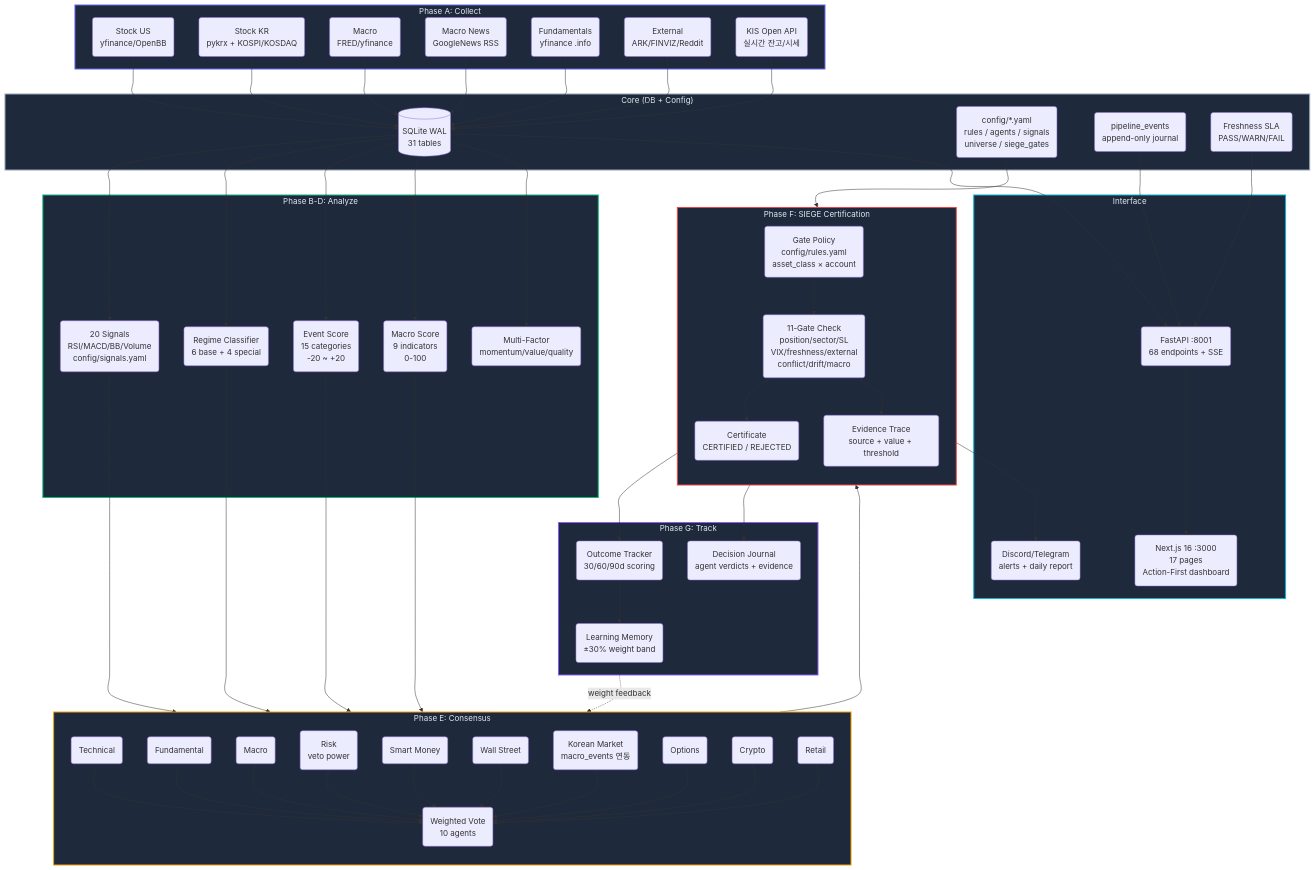
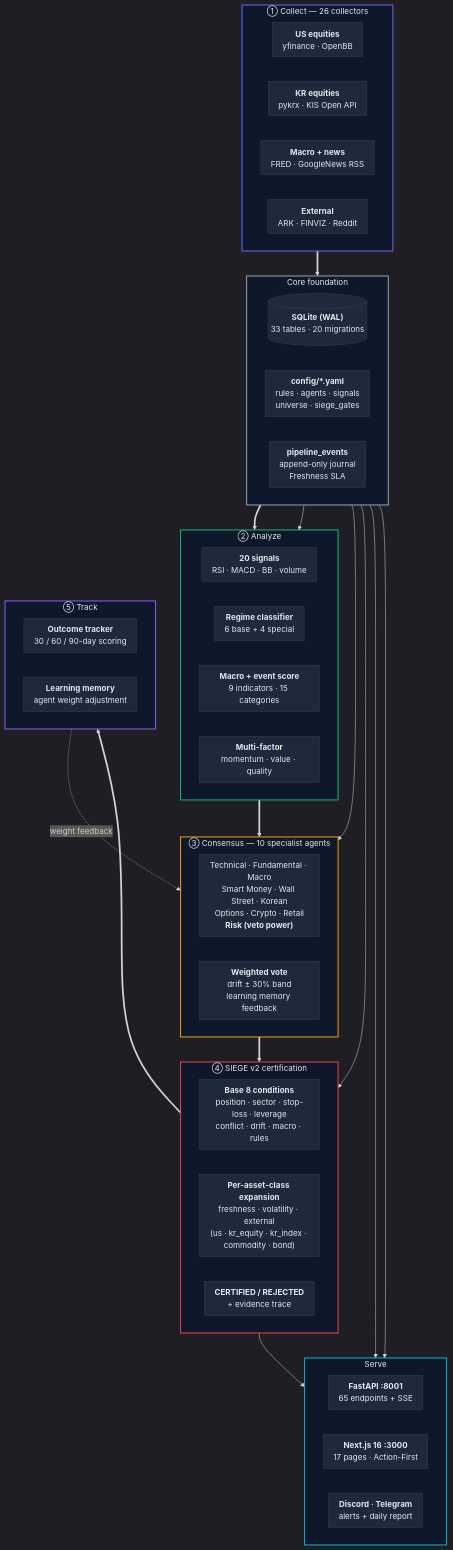
The diagram in README.md (researcherhojin/nuri-quant), drawn with Mermaid before and after one commit. The commit also changed other lines of this file and 14 other files, not shown here.

First line of the commit message:
docs: harness cleanup — count drift, gstack Flow, STRATEGY split (#333)

````diff
--- a/README.md
+++ b/README.md
@@ -19,122 +21,87 @@
 ```mermaid
-%%{ init: { 'flowchart': { 'curve': 'catmullRom' } } }%%
+%%{ init: { 'theme': 'dark', 'flowchart': { 'curve': 'basis', 'padding': 10 } } }%%
 flowchart TD
 
-  subgraph Collect["Phase A: Collect"]
-    StockUS("Stock US\nyfinance/OpenBB")
-    StockKR("Stock KR\npykrx + KOSPI/KOSDAQ")
-    MacroCol("Macro\nFRED/yfinance")
-    MacroNews("Macro News\nGoogleNews RSS")
-    FundCol("Fundamentals\nyfinance .info")
-    ExtCol("External\nARK/FINVIZ/Reddit")
-    KIS("KIS Open API\n실시간 잔고/시세")
+  %% ───── ① Collect ─────
+  subgraph COLLECT["① Collect — 26 collectors"]
+    direction LR
+    C1["<b>US equities</b><br/>yfinance · OpenBB"]
+    C2["<b>KR equities</b><br/>pykrx · KIS Open API"]
+    C3["<b>Macro + news</b><br/>FRED · GoogleNews RSS"]
+    C4["<b>External</b><br/>ARK · FINVIZ · Reddit"]
   end
 
-  subgraph Core["Core (DB + Config)"]
-    DB[("SQLite WAL\n31 tables")]
-    Config("config/*.yaml\nrules / agents / signals\nuniverse / siege_gates")
-    Events("pipeline_events\nappend-only journal")
-    Freshness("Freshness SLA\nPASS/WARN/FAIL")
+  %% ───── Core ─────
+  subgraph CORE["Core foundation"]
+    direction LR
+    DB[("<b>SQLite (WAL)</b><br/>33 tables · 20 migrations")]
+    CFG["<b>config/*.yaml</b><br/>rules · agents · signals<br/>universe · siege_gates"]
+    EVT["<b>pipeline_events</b><br/>append-only journal<br/>Freshness SLA"]
   end
 
-  subgraph Analyze["Phase B-D: Analyze"]
-    Signals("20 Signals\nRSI/MACD/BB/Volume\nconfig/signals.yaml")
-    Regime("Regime Classifier\n6 base + 4 special")
-    EventScore("Event Score\n15 categories\n-20 ~ +20")
-    MacroScore("Macro Score\n9 indicators\n0-100")
-    Factors("Multi-Factor\nmomentum/value/quality")
+  %% ───── ② Analyze ─────
+  subgraph ANALYZE["② Analyze"]
+    direction LR
+    SIG["<b>20 signals</b><br/>RSI · MACD · BB · volume"]
+    REG["<b>Regime classifier</b><br/>6 base + 4 special"]
+    SCR["<b>Macro + event score</b><br/>9 indicators · 15 categories"]
+    FAC["<b>Multi-factor</b><br/>momentum · value · quality"]
   end
 
-  subgraph Consensus["Phase E: Consensus"]
-    direction TB
-    Tech("Technical")
-    Fund("Fundamental")
-    Macro("Macro")
-    Risk("Risk\nveto power")
-    SmartMoney("Smart Money")
-    WallSt("Wall Street")
-    Korean("Korean Market\nmacro_events 연동")
-    Options("Options")
-    Crypto("Crypto")
-    Retail("Retail")
-    ConsEngine("Weighted Vote\n10 agents")
+  %% ───── ③ Consensus ─────
+  subgraph CONSENSUS["③ Consensus — 10 specialist agents"]
+    direction LR
+    AGENTS["Technical · Fundamental · Macro<br/>Smart Money · Wall Street · Korean<br/>Options · Crypto · Retail<br/><b>Risk (veto power)</b>"]
+    VOTE["<b>Weighted vote</b><br/>drift ± 30% band<br/>learning memory feedback"]
   end
 
-  subgraph SIEGE["Phase F: SIEGE Certification"]
-    direction TB
-    GatePolicy("Gate Policy\nconfig/rules.yaml\nasset_class × account")
-    Gate11("11-Gate Check\nposition/sector/SL\nVIX/freshness/external\nconflict/drift/macro")
-    Cert("Certificate\nCERTIFIED / REJECTED")
-    Evidence("Evidence Trace\nsource + value + threshold")
+  %% ───── ④ SIEGE v2 ─────
+  subgraph SIEGE["④ SIEGE v2 certification"]
+    direction LR
+    BASE["<b>Base 8 conditions</b><br/>position · sector · stop-loss · leverage<br/>conflict · drift · macro · rules"]
+    EXP["<b>Per-asset-class expansion</b><br/>freshness · volatility · external<br/>(us · kr_equity · kr_index · commodity · bond)"]
+    RES["<b>CERTIFIED / REJECTED</b><br/>+ evidence trace"]
   end
 
-  subgraph Track["Phase G: Track"]
-    Tracker("Outcome Tracker\n30/60/90d scoring")
-    Memory("Learning Memory\n±30% weight band")
-    Decisions("Decision Journal\nagent verdicts + evidence")
+  %% ───── ⑤ Track ─────
+  subgraph TRACK["⑤ Track"]
+    direction LR
+    OUT["<b>Outcome tracker</b><br/>30 / 60 / 90-day scoring"]
+    MEM["<b>Learning memory</b><br/>agent weight adjustment"]
   end
 
-  subgraph Serve["Interface"]
-    API("FastAPI :8001\n68 endpoints + SSE")
-    Dashboard("Next.js 16 :3000\n17 pages\nAction-First dashboard")
-    Discord("Discord/Telegram\nalerts + daily report")
+  %% ───── Serve ─────
+  subgraph SERVE["Serve"]
+    direction LR
+    API["<b>FastAPI :8001</b><br/>65 endpoints + SSE"]
+    UI["<b>Next.js 16 :3000</b><br/>17 pages · Action-First"]
+    ALR["<b>Discord · Telegram</b><br/>alerts + daily report"]
   end
 
-  %% Collect → DB
-  StockUS --> DB
-  StockKR --> DB
-  MacroCol --> DB
-  MacroNews --> DB
-  FundCol --> DB
-  ExtCol --> DB
-  KIS --> DB
+  %% ───── flow ─────
+  COLLECT ==> DB
+  DB ==> ANALYZE
+  CFG --> ANALYZE
+  CFG --> CONSENSUS
+  CFG --> SIEGE
+  ANALYZE ==> CONSENSUS
+  CONSENSUS ==> SIEGE
+  SIEGE ==> TRACK
+  TRACK -.->|weight feedback| CONSENSUS
 
-  %% DB → Analyze
-  DB --> Signals
-  DB --> Regime
-  DB --> EventScore
-  DB --> MacroScore
-  DB --> Factors
+  DB --> SERVE
+  SIEGE --> ALR
+  EVT --> API
 
-  %% Analyze → Consensus
-  Signals --> ConsEngine
-  Regime --> ConsEngine
-  MacroScore --> ConsEngine
-  EventScore --> Korean
-  Tech --> ConsEngine
-  Fund --> ConsEngine
-  Macro --> ConsEngine
-  Risk --> ConsEngine
-  SmartMoney --> ConsEngine
-  WallSt --> ConsEngine
-  Korean --> ConsEngine
-  Options --> ConsEngine
-  Crypto --> ConsEngine
-  Retail --> ConsEngine
+  %% ───── styling ─────
+  style COLLECT    fill:#0f172a,stroke:#6366f1,color:#e2e8f0,stroke-width:2px
+  style CORE       fill:#0f172a,stroke:#94a3b8,color:#e2e8f0,stroke-width:2px
+  style ANALYZE    fill:#0f172a,stroke:#10b981,color:#e2e8f0,stroke-width:2px
+  style CONSENSUS  fill:#0f172a,stroke:#f59e0b,color:#e2e8f0,stroke-width:2px
+  style SIEGE      fill:#0f172a,stroke:#ef4444,color:#e2e8f0,stroke-width:2px
+  style TRACK      fill:#0f172a,stroke:#8b5cf6,color:#e2e8f0,stroke-width:2px
+  style SERVE      fill:#0f172a,stroke:#06b6d4,color:#e2e8f0,stroke-width:2px
 
-  %% Consensus → SIEGE
-  ConsEngine --> Gate11
-  Config --> GatePolicy --> Gate11
-  Gate11 --> Cert
-  Gate11 --> Evidence
-
-  %% SIEGE → Track
-  Cert --> Tracker
-  Evidence --> Decisions
-  Tracker --> Memory
-  Memory -.->|weight feedback| ConsEngine
-
-  %% Serve
-  DB --> API --> Dashboard
-  Cert --> Discord
-  Events --> API
-  Freshness --> API
-
-  style Collect fill:#1e293b,stroke:#6366f1,color:#e2e8f0,stroke-width:2px
-  style Core fill:#1e293b,stroke:#94a3b8,color:#e2e8f0,stroke-width:2px
-  style Analyze fill:#1e293b,stroke:#10b981,color:#e2e8f0,stroke-width:2px
-  style Consensus fill:#1e293b,stroke:#f59e0b,color:#e2e8f0,stroke-width:2px
-  style SIEGE fill:#1e293b,stroke:#ef4444,color:#e2e8f0,stroke-width:2px
-  style Track fill:#1e293b,stroke:#8b5cf6,color:#e2e8f0,stroke-width:2px
-  style Serve fill:#1e293b,stroke:#06b6d4,color:#e2e8f0,stroke-width:2px
+  classDef node fill:#1e293b,stroke:#334155,color:#e2e8f0,stroke-width:1px;
+  class C1,C2,C3,C4,DB,CFG,EVT,SIG,REG,SCR,FAC,AGENTS,VOTE,BASE,EXP,RES,OUT,MEM,API,UI,ALR node;
 ```
````
